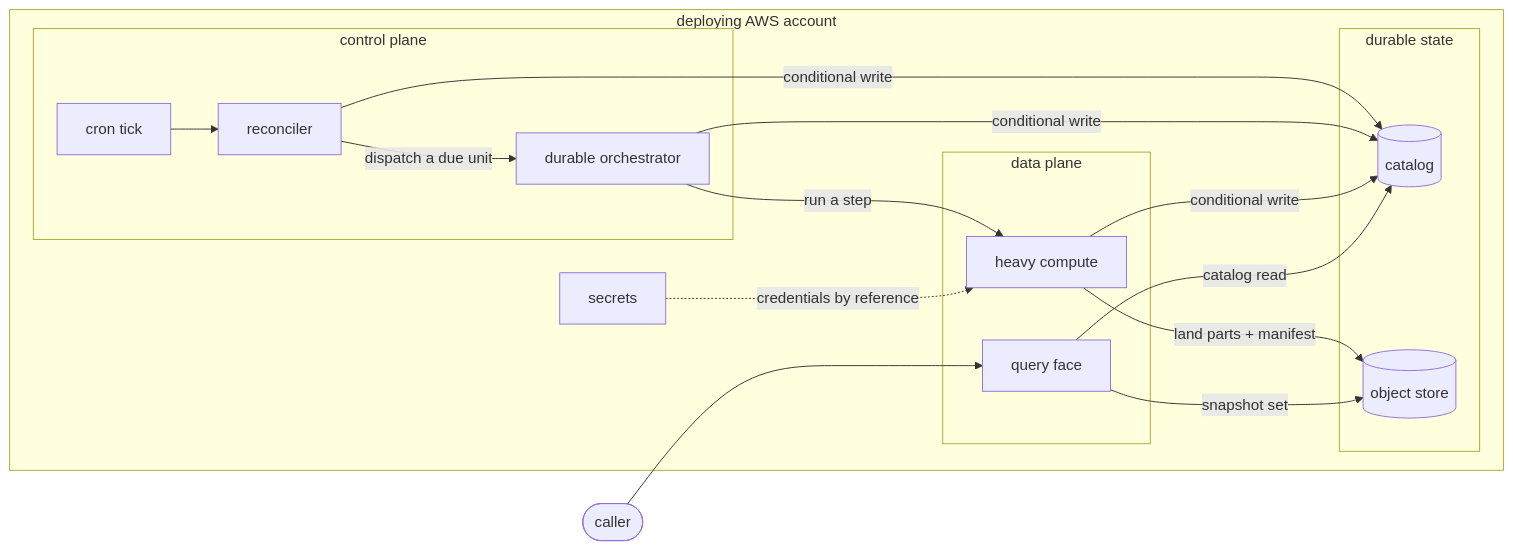
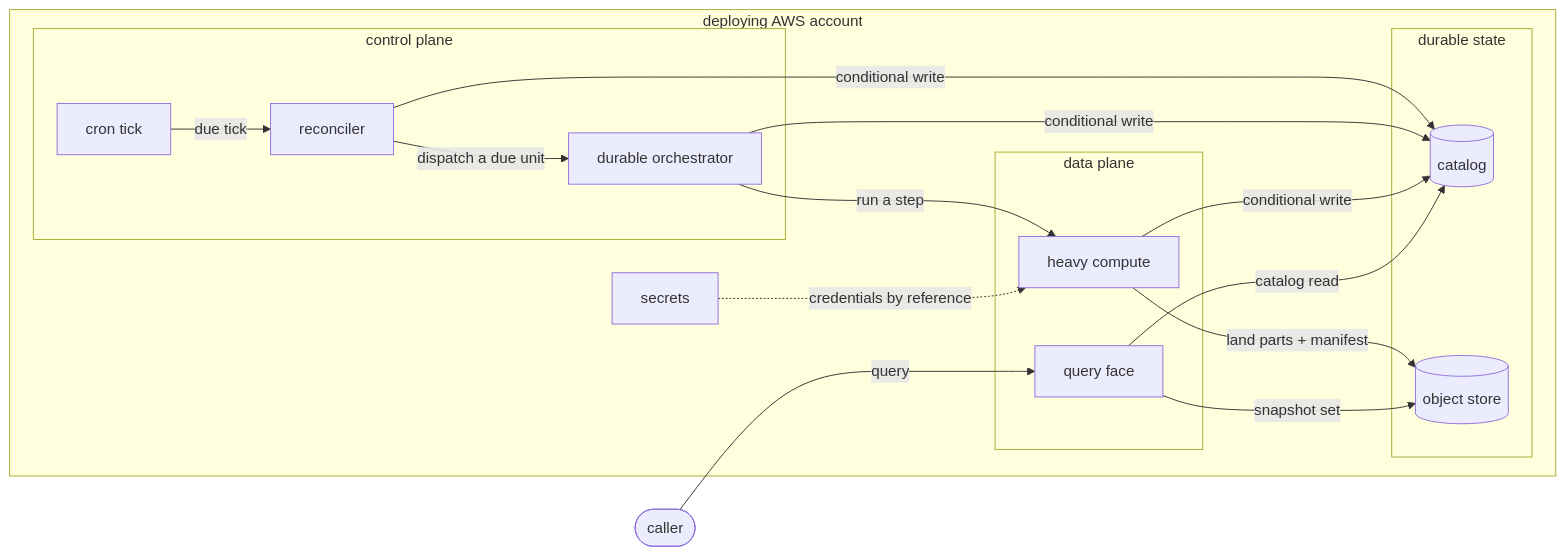
Before and after one commit to fractalboxdev/contextful: the first of 3 diagrams in spec/targets.md, drawn with Mermaid. The commit also changed other lines of this file and 16 other files, not shown here.

First line of the commit message:
spec: diagram rules for nodes, edges, decisions, layout, sequences and states

````diff
--- a/spec/targets.md
+++ b/spec/targets.md
@@ -26,26 +26,26 @@
 ```mermaid
 flowchart LR
   CALLER(["caller"])
   subgraph ACCOUNT["deploying AWS account"]
     subgraph CONTROL["control plane"]
       TICK["cron tick"]
       REC["reconciler"]
       ORCH["durable orchestrator"]
     end
     subgraph DATA["data plane"]
       COMP["heavy compute"]
       QF["query face"]
     end
     subgraph STATE["durable state"]
       CAT[("catalog")]
       OBJ[("object store")]
     end
     SEC["secrets"]
   end
-  TICK --> REC -- "dispatch a due unit" --> ORCH -- "run a step" --> COMP
+  TICK -- "due tick" --> REC -- "dispatch a due unit" --> ORCH -- "run a step" --> COMP
   COMP -- "land parts + manifest" --> OBJ
   REC & ORCH & COMP -- "conditional write" --> CAT
-  CALLER --> QF -- "snapshot set" --> OBJ
+  CALLER -- "query" --> QF -- "snapshot set" --> OBJ
   QF -- "catalog read" --> CAT
   SEC -. "credentials by reference" .-> COMP
 ```
````
